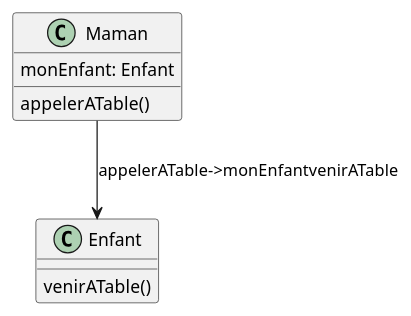
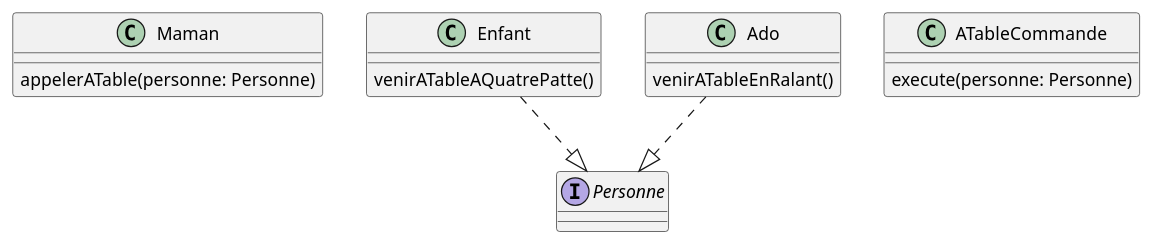
Before and after one commit to jandry/design-pattern: the diagram in src/uml/command.puml, drawn with PlantUML. The commit also changed 6 other files, not shown here.

```diff
--- a/src/uml/command.puml
+++ b/src/uml/command.puml
@@ -1,14 +1,23 @@
 @startuml Command
 
 class Maman {
-    monEnfant: Enfant
-    appelerATable()
+    appelerATable(personne: Personne)
 }
 
 class Enfant {
-    venirATable()
+    venirATableAQuatrePatte()
 }
 
-Maman-->Enfant: appelerATable->monEnfantvenirATable
+class Ado {
+    venirATableEnRalant()
+}
 
+interface Personne
+
+class ATableCommande {
+    execute(personne: Personne)
+}
+
+Enfant..|>Personne
+Ado..|>Personne
 @enduml
```
